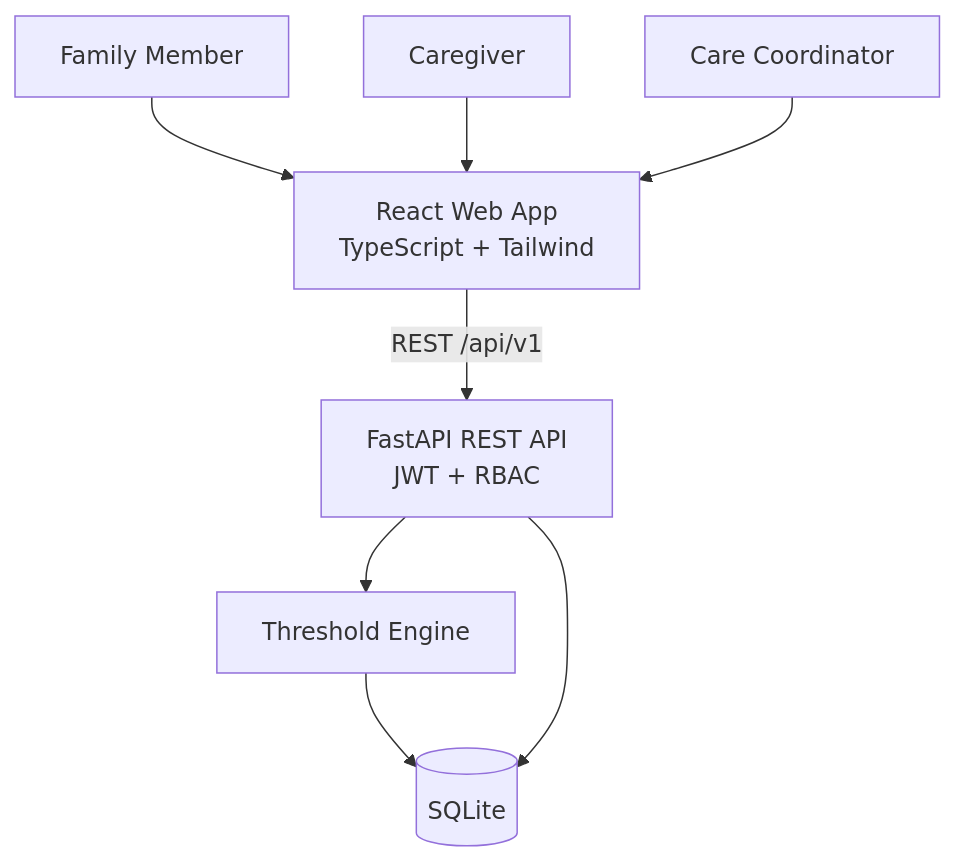
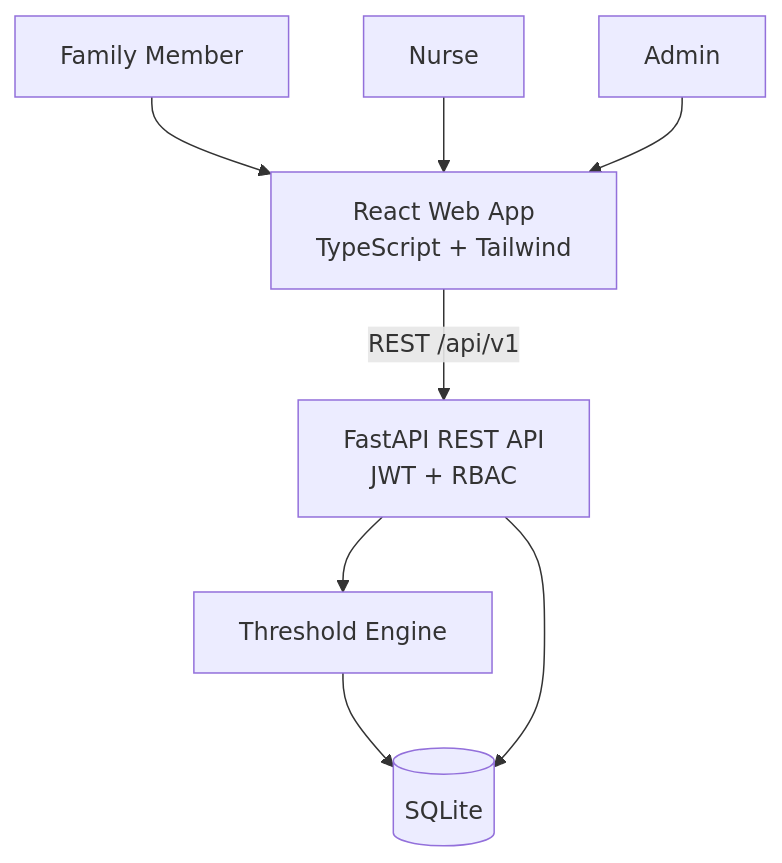
One commit to SaranAdhith/DoorDoctor changed the first of 6 diagrams in DESIGN.md. Above: the diagram before and after it, drawn with Mermaid. The commit also changed other lines of this file and 55 other files, not shown here.

First line of the commit message:
refactor: rename caregiver→nurse and coordinator→admin across the platform

````diff
--- a/DESIGN.md
+++ b/DESIGN.md
@@ -24,20 +24,20 @@
 ```mermaid
 flowchart TD
     Family[Family Member]
-    Caregiver[Caregiver]
-    Coordinator[Care Coordinator]
+    Nurse[Nurse]
+    Admin[Admin]
 
     UI[React Web App<br/>TypeScript + Tailwind]
     API[FastAPI REST API<br/>JWT + RBAC]
     Engine[Threshold Engine]
     DB[(SQLite)]
 
     Family --> UI
-    Caregiver --> UI
-    Coordinator --> UI
+    Nurse --> UI
+    Admin --> UI
 
     UI -->|REST /api/v1| API
     API --> Engine
     Engine --> DB
     API --> DB
 ```
````
